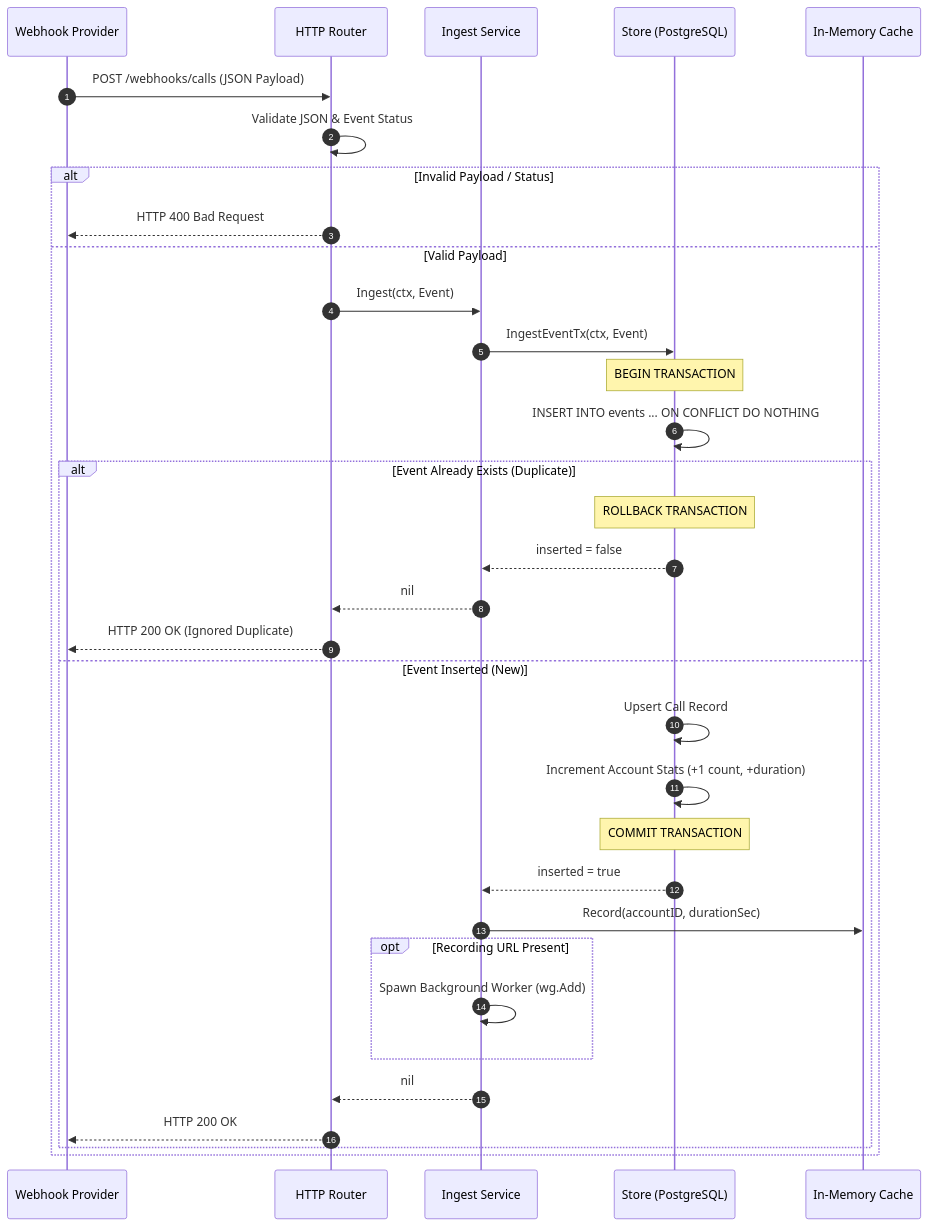
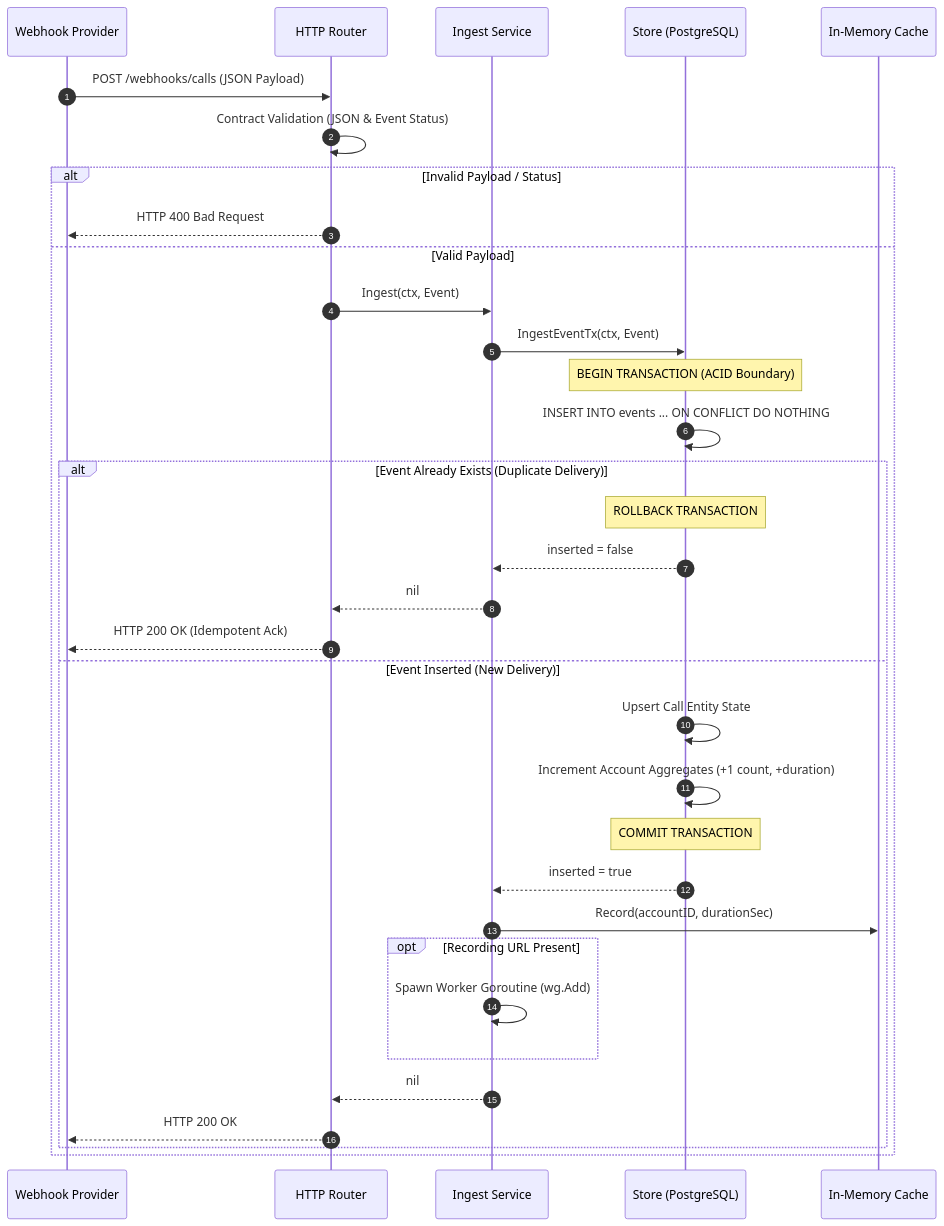
One commit to kamran-asif/Webhook-Ingest changed the second of 2 diagrams in README.md. Above: the diagram before and after it, drawn with Mermaid. The commit also changed other lines of this file and 1 other file, not shown here.

````diff
--- a/README.md
+++ b/README.md
@@ -135,37 +136,37 @@
 ```mermaid
 sequenceDiagram
     autonumber
     participant Provider as Webhook Provider
     participant Router as HTTP Router
     participant Ingest as Ingest Service
     participant Store as Store (PostgreSQL)
     participant Cache as In-Memory Cache
 
     Provider->>Router: POST /webhooks/calls (JSON Payload)
-    Router->>Router: Validate JSON & Event Status
+    Router->>Router: Contract Validation (JSON & Event Status)
     alt Invalid Payload / Status
         Router-->>Provider: HTTP 400 Bad Request
     else Valid Payload
         Router->>Ingest: Ingest(ctx, Event)
         Ingest->>Store: IngestEventTx(ctx, Event)
-        Note over Store: BEGIN TRANSACTION
+        Note over Store: BEGIN TRANSACTION (ACID Boundary)
         Store->>Store: INSERT INTO events ... ON CONFLICT DO NOTHING
-        alt Event Already Exists (Duplicate)
+        alt Event Already Exists (Duplicate Delivery)
             Note over Store: ROLLBACK TRANSACTION
             Store-->>Ingest: inserted = false
             Ingest-->>Router: nil
-            Router-->>Provider: HTTP 200 OK (Ignored Duplicate)
-        else Event Inserted (New)
-            Store->>Store: Upsert Call Record
-            Store->>Store: Increment Account Stats (+1 count, +duration)
+            Router-->>Provider: HTTP 200 OK (Idempotent Ack)
+        else Event Inserted (New Delivery)
+            Store->>Store: Upsert Call Entity State
+            Store->>Store: Increment Account Aggregates (+1 count, +duration)
             Note over Store: COMMIT TRANSACTION
             Store-->>Ingest: inserted = true
             Ingest->>Cache: Record(accountID, durationSec)
             opt Recording URL Present
-                Ingest->>Ingest: Spawn Background Worker (wg.Add)
+                Ingest->>Ingest: Spawn Worker Goroutine (wg.Add)
             end
             Ingest-->>Router: nil
             Router-->>Provider: HTTP 200 OK
         end
     end
 ```
````
